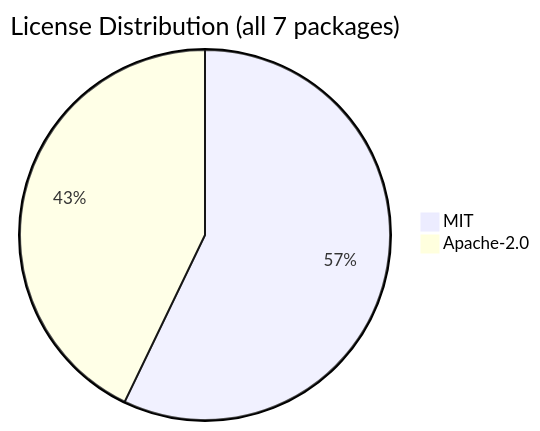
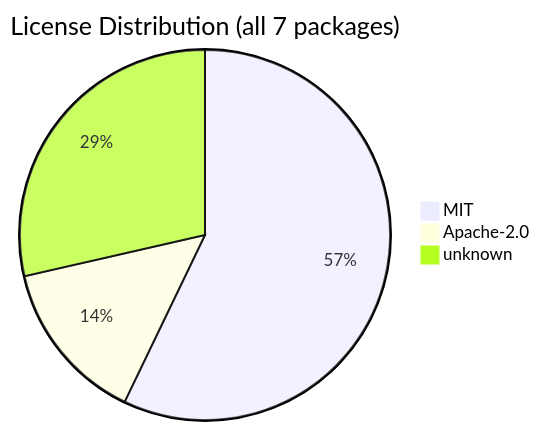
The diagram in .shipwright/compliance/sbom.md (svenroth-ai/shipwright), drawn with Mermaid before and after one commit. The commit also changed other lines of this file and 16 other files, not shown here.

````diff
--- a/.shipwright/compliance/sbom.md
+++ b/.shipwright/compliance/sbom.md
@@ -18,5 +18,6 @@
 ```mermaid
 pie title License Distribution (all 7 packages)
     "MIT" : 4
-    "Apache-2.0" : 3
+    "Apache-2.0" : 1
+    "unknown" : 2
 ```
````
